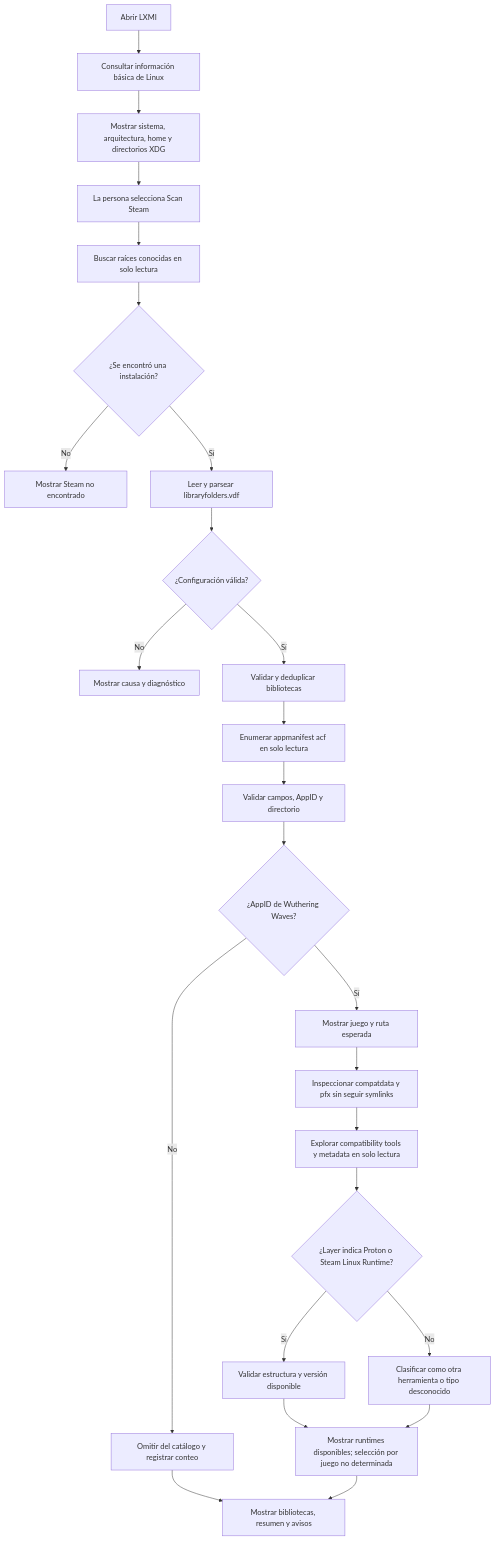
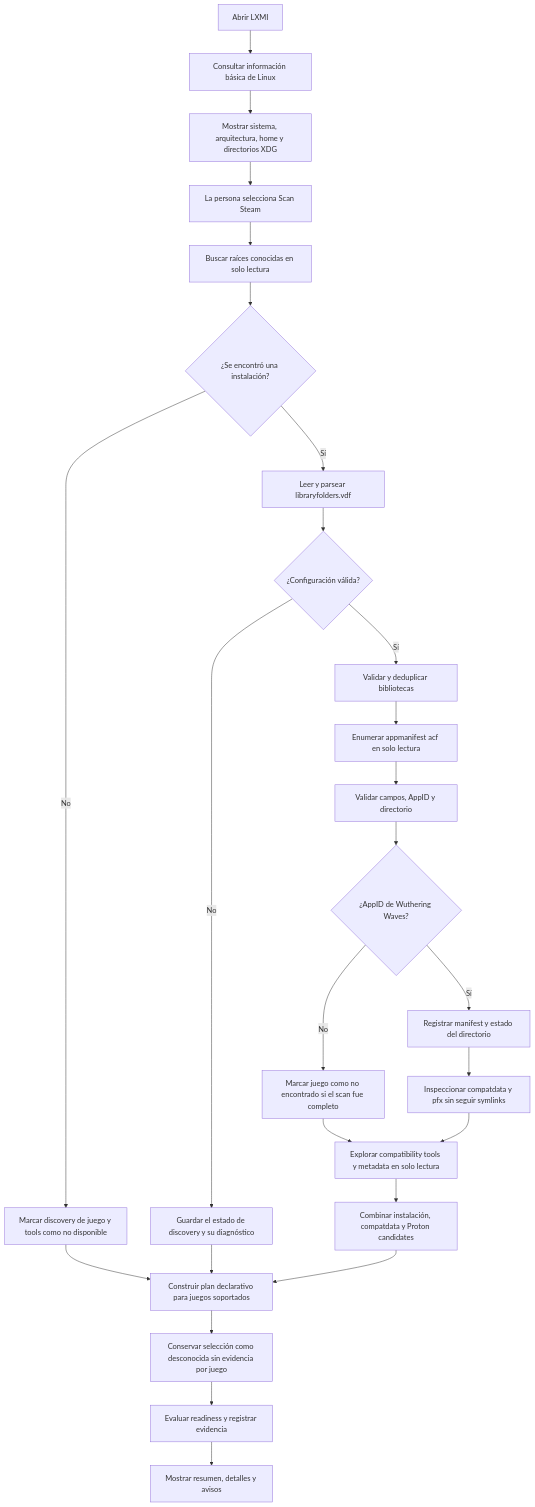
The first of 4 diagrams in SDLC/03_Diseno/flujos_de_usuario.md (VictorMamani/LXMI), drawn with Mermaid before and after one commit. The commit also changed other lines of this file and 62 other files, not shown here.

````diff
--- a/SDLC/03_Diseno/flujos_de_usuario.md
+++ b/SDLC/03_Diseno/flujos_de_usuario.md
@@ -7,27 +7,28 @@
 ```mermaid
 flowchart TD
     A[Abrir LXMI] --> B[Consultar información básica de Linux]
     B --> C[Mostrar sistema, arquitectura, home y directorios XDG]
     C --> D[La persona selecciona Scan Steam]
     D --> E[Buscar raíces conocidas en solo lectura]
     E --> F{¿Se encontró una instalación?}
-    F -->|No| G[Mostrar Steam no encontrado]
+    F -->|No| G[Marcar discovery de juego y tools como no disponible]
     F -->|Sí| H[Leer y parsear libraryfolders.vdf]
     H --> I{¿Configuración válida?}
-    I -->|No| J[Mostrar causa y diagnóstico]
+    I -->|No| J[Guardar el estado de discovery y su diagnóstico]
     I -->|Sí| K[Validar y deduplicar bibliotecas]
     K --> L[Enumerar appmanifest acf en solo lectura]
     L --> M[Validar campos, AppID y directorio]
     M --> N{¿AppID de Wuthering Waves?}
-    N -->|No| O[Omitir del catálogo y registrar conteo]
-    N -->|Sí| P[Mostrar juego y ruta esperada]
+    N -->|No| O[Marcar juego como no encontrado si el scan fue completo]
+    N -->|Sí| P[Registrar manifest y estado del directorio]
     P --> Q[Inspeccionar compatdata y pfx sin seguir symlinks]
-    Q --> R[Explorar compatibility tools y metadata en solo lectura]
-    R --> T{¿Layer indica Proton o Steam Linux Runtime?}
-    T -->|Sí| U[Validar estructura y versión disponible]
-    T -->|No| V[Clasificar como otra herramienta o tipo desconocido]
-    U --> W[Mostrar runtimes disponibles; selección por juego no determinada]
-    V --> W
-    O --> X[Mostrar bibliotecas, resumen y avisos]
-    W --> X
+    O --> R[Explorar compatibility tools y metadata en solo lectura]
+    Q --> R
+    G --> S[Construir plan declarativo para juegos soportados]
+    J --> S
+    R --> T[Combinar instalación, compatdata y Proton candidates]
+    T --> S
+    S --> U[Conservar selección como desconocida sin evidencia por juego]
+    U --> V[Evaluar readiness y registrar evidencia]
+    V --> W[Mostrar resumen, detalles y avisos]
 ```
````
